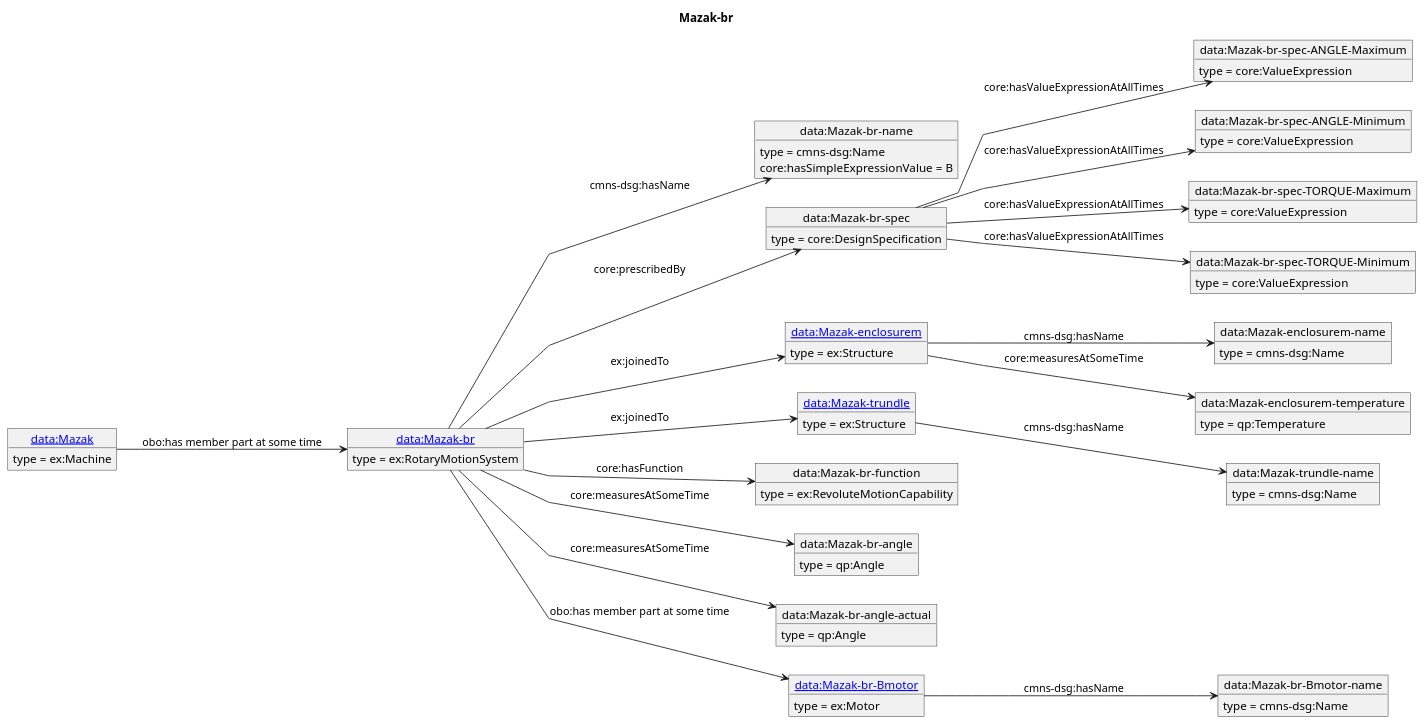
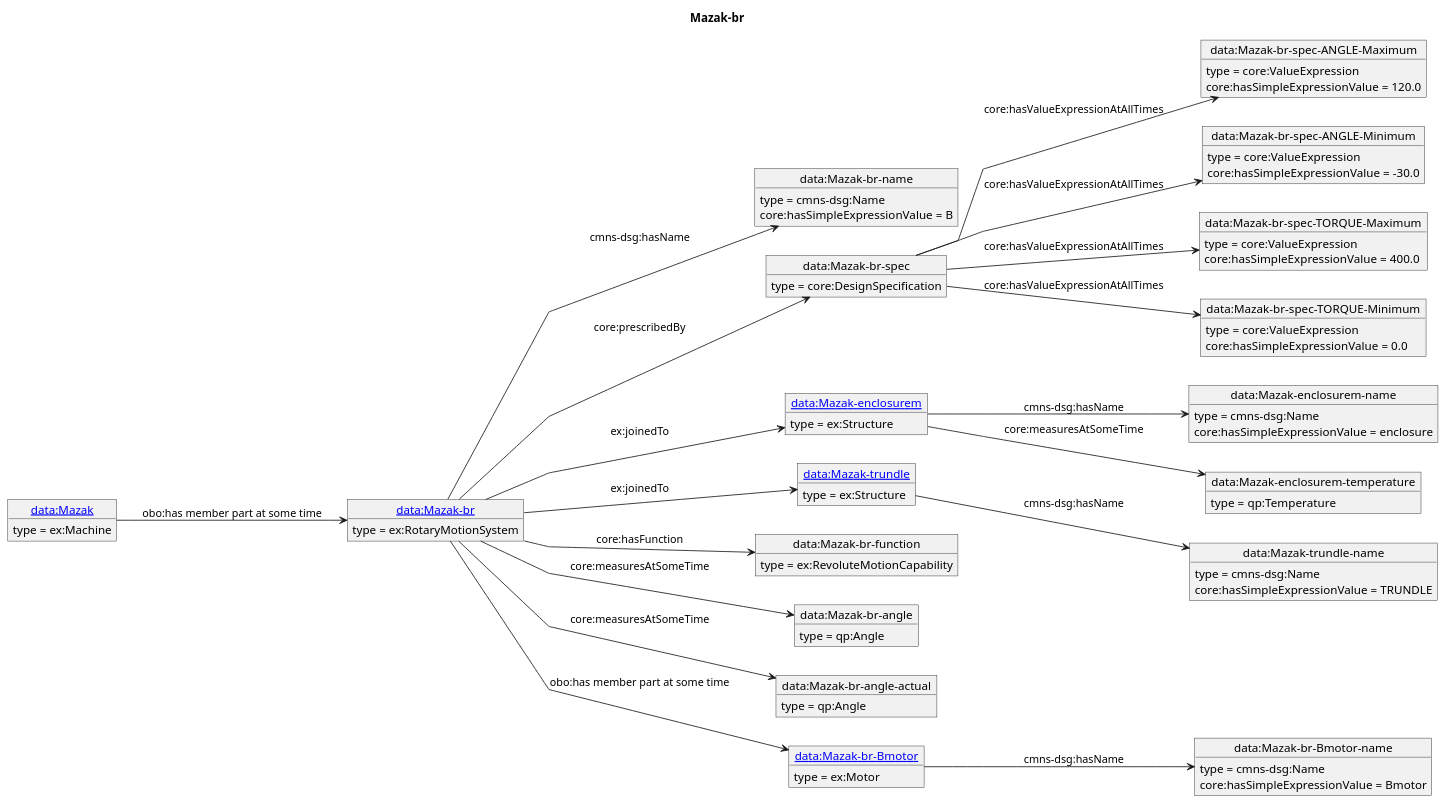
One commit to iofoundry/example-syseng-mtconnect changed the diagram in diagrams/Mazak-br.puml. Above: the diagram before and after it, drawn with PlantUML. The commit also changed 36 other files, not shown here.

```diff
--- a/diagrams/Mazak-br.puml
+++ b/diagrams/Mazak-br.puml
@@ -1,77 +1,84 @@
 @startuml
 skinparam linetype polyline
 left to right direction
 title Mazak-br
 object "[[./Mazak-br.html data:Mazak-br]]" as o1 {
  type = ex:RotaryMotionSystem
  }
 object "data:Mazak-br-name" as o2 {
  type = cmns-dsg:Name
  }
 object "data:Mazak-br-spec" as o3 {
  type = core:DesignSpecification
  }
 object "data:Mazak-br-spec-ANGLE-Maximum" as o4 {
  type = core:ValueExpression
  }
 object "data:Mazak-br-spec-ANGLE-Minimum" as o5 {
  type = core:ValueExpression
  }
 object "data:Mazak-br-spec-TORQUE-Maximum" as o6 {
  type = core:ValueExpression
  }
 object "data:Mazak-br-spec-TORQUE-Minimum" as o7 {
  type = core:ValueExpression
  }
 object "[[./Mazak-enclosurem.html data:Mazak-enclosurem]]" as o8 {
  type = ex:Structure
  }
 object "data:Mazak-enclosurem-name" as o9 {
  type = cmns-dsg:Name
  }
 object "data:Mazak-enclosurem-temperature" as o10 {
  type = qp:Temperature
  }
 object "[[./Mazak-trundle.html data:Mazak-trundle]]" as o11 {
  type = ex:Structure
  }
 object "data:Mazak-trundle-name" as o12 {
  type = cmns-dsg:Name
  }
 object "data:Mazak-br-function" as o13 {
  type = ex:RevoluteMotionCapability
  }
 object "data:Mazak-br-angle" as o14 {
  type = qp:Angle
  }
 object "data:Mazak-br-angle-actual" as o15 {
  type = qp:Angle
  }
 object "[[./Mazak-br-Bmotor.html data:Mazak-br-Bmotor]]" as o16 {
  type = ex:Motor
  }
 object "data:Mazak-br-Bmotor-name" as o17 {
  type = cmns-dsg:Name
  }
 object "[[./Mazak.html data:Mazak]]" as o18 {
  type = ex:Machine
  }
 o1 --> o2 : cmns-dsg:hasName
 o2 : core:hasSimpleExpressionValue = B
 o1 --> o3 : core:prescribedBy
 o3 --> o4 : core:hasValueExpressionAtAllTimes
+o4 : core:hasSimpleExpressionValue = 120.0
 o3 --> o5 : core:hasValueExpressionAtAllTimes
+o5 : core:hasSimpleExpressionValue = -30.0
 o3 --> o6 : core:hasValueExpressionAtAllTimes
+o6 : core:hasSimpleExpressionValue = 400.0
 o3 --> o7 : core:hasValueExpressionAtAllTimes
+o7 : core:hasSimpleExpressionValue = 0.0
 o1 --> o8 : ex:joinedTo
 o8 --> o9 : cmns-dsg:hasName
+o9 : core:hasSimpleExpressionValue = enclosure
 o8 --> o10 : core:measuresAtSomeTime
 o1 --> o11 : ex:joinedTo
 o11 --> o12 : cmns-dsg:hasName
+o12 : core:hasSimpleExpressionValue = TRUNDLE
 o1 --> o13 : core:hasFunction
 o1 --> o14 : core:measuresAtSomeTime
 o1 --> o15 : core:measuresAtSomeTime
 o1 --> o16 : obo:has member part at some time
 o16 --> o17 : cmns-dsg:hasName
+o17 : core:hasSimpleExpressionValue = Bmotor
 o18 --> o1 : obo:has member part at some time
 @enduml
```
